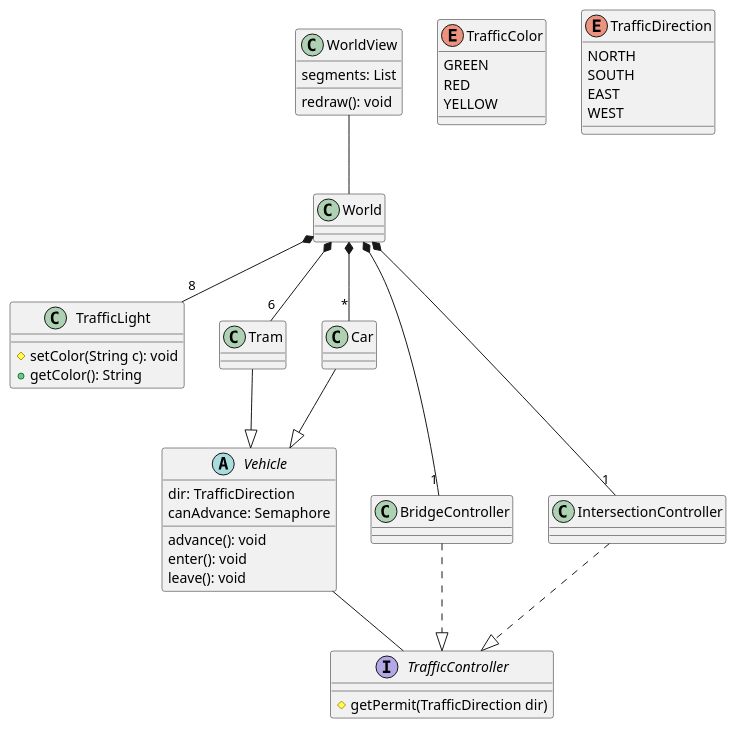
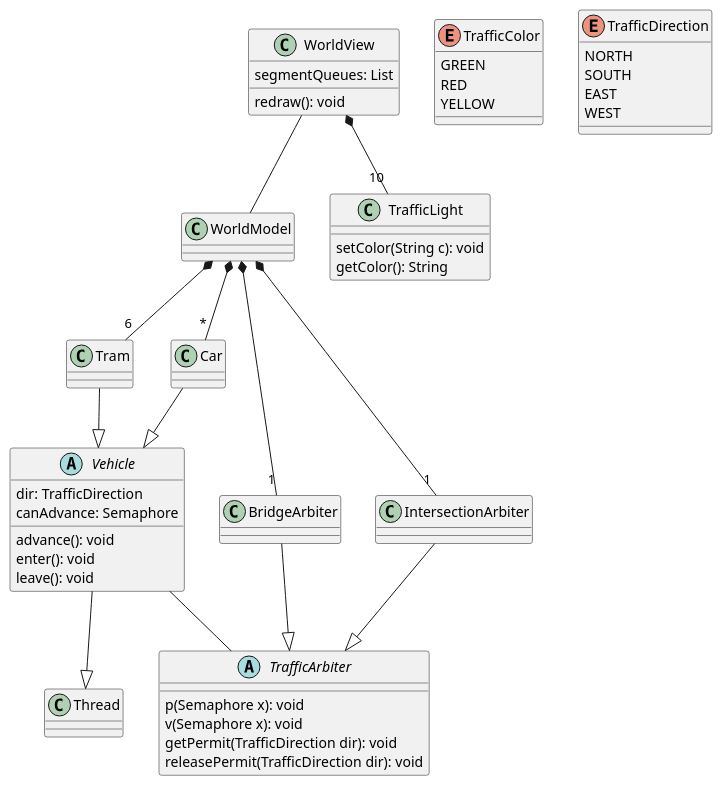
One commit to wanisramdani/tramway changed the diagram in tramway.puml. Above: the diagram before and after it, drawn with PlantUML. The commit also changed 20 other files, not shown here.

```diff
--- a/tramway.puml
+++ b/tramway.puml
@@ -1,59 +1,69 @@
 @startuml tramway
 
 class WorldView {
-  segments: List
+  segmentQueues: List
   
   redraw(): void
 }
-WorldView -- World
+WorldView -- WorldModel
+WorldView *-- "10" TrafficLight
 
-class World {}
-World *-- "8" TrafficLight
-World *-- "6" Tram
-World *-- "*" Car
-World *-- "1" BridgeController
-World *-- "1" IntersectionController
+class WorldModel {
+}
+WorldModel *-- "6" Tram
+WorldModel *-- "*" Car
+WorldModel *-- "1" BridgeArbiter
+WorldModel *-- "1" IntersectionArbiter
+
+abstract class TrafficArbiter {
+  p(Semaphore x): void
+  v(Semaphore x): void
+  getPermit(TrafficDirection dir): void
+  releasePermit(TrafficDirection dir): void
+}
+
+class BridgeArbiter {
+}
+BridgeArbiter --|> TrafficArbiter
+
+class IntersectionArbiter {
+}
+IntersectionArbiter --|> TrafficArbiter
 
 abstract class Vehicle {
   dir: TrafficDirection
   canAdvance: Semaphore
 
   advance(): void
   enter(): void
   leave(): void
 }
-class Tram {}
-class Car {}
+class Tram {
+}
+class Car {
+}
 Tram --|> Vehicle
 Car --|> Vehicle
-Vehicle -- TrafficController
+Vehicle -- TrafficArbiter
 
-interface TrafficController {
-  # getPermit(TrafficDirection dir)
-}
-
-class BridgeController {}
-BridgeController ..|> TrafficController
-
-class IntersectionController {}
-IntersectionController ..|> TrafficController
+Vehicle --|> Thread
 
 class TrafficLight {
-  # setColor(String c): void
-  + getColor(): String
+  setColor(String c): void
+  getColor(): String
 }
 
 enum TrafficColor {
   GREEN
   RED
   YELLOW
 }
 
 enum TrafficDirection {
   NORTH
   SOUTH
   EAST
   WEST
 }
 
 @enduml
```
